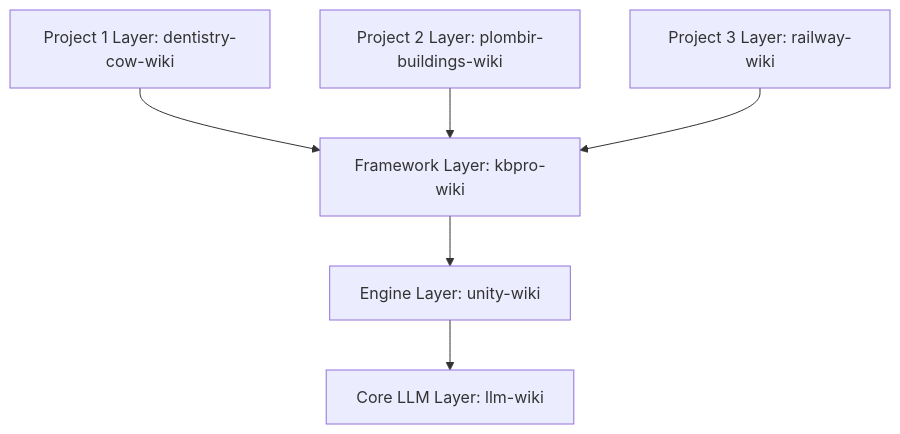
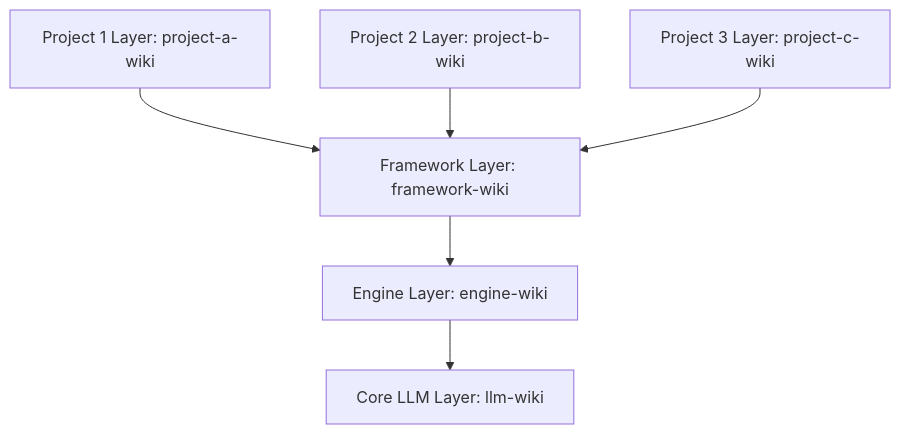
Before and after one commit to gDavASko/DavASkoLLMWiki: the first of 2 diagrams in README.md, drawn with Mermaid. The commit also changed other lines of this file and 7 other files, not shown here.

````diff
--- a/README.md
+++ b/README.md
@@ -14,8 +14,8 @@
 ```mermaid
 graph TD
-    Project1[Project 1 Layer: dentistry-cow-wiki] --> Framework[Framework Layer: kbpro-wiki]
-    Project2[Project 2 Layer: plombir-buildings-wiki] --> Framework
-    Project3[Project 3 Layer: railway-wiki] --> Framework
-    Framework --> Engine[Engine Layer: unity-wiki]
+    Project1[Project 1 Layer: project-a-wiki] --> Framework[Framework Layer: framework-wiki]
+    Project2[Project 2 Layer: project-b-wiki] --> Framework
+    Project3[Project 3 Layer: project-c-wiki] --> Framework
+    Framework --> Engine[Engine Layer: engine-wiki]
     Engine --> Root[Core LLM Layer: llm-wiki]
 ```
````
